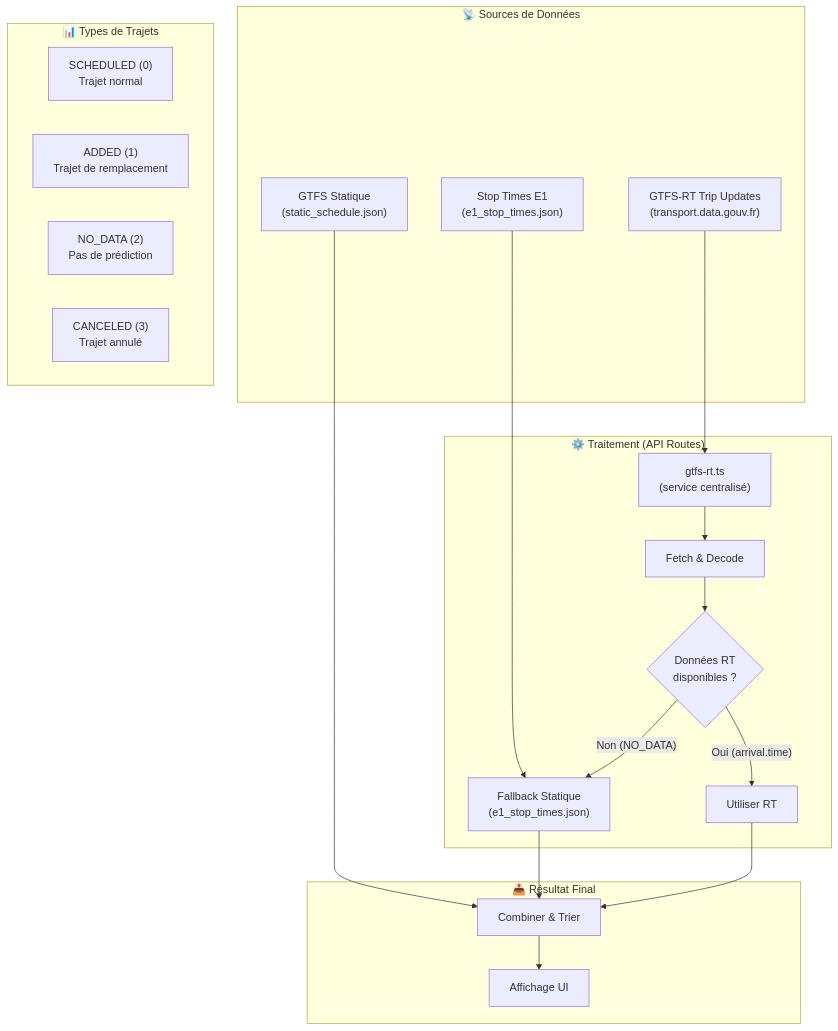
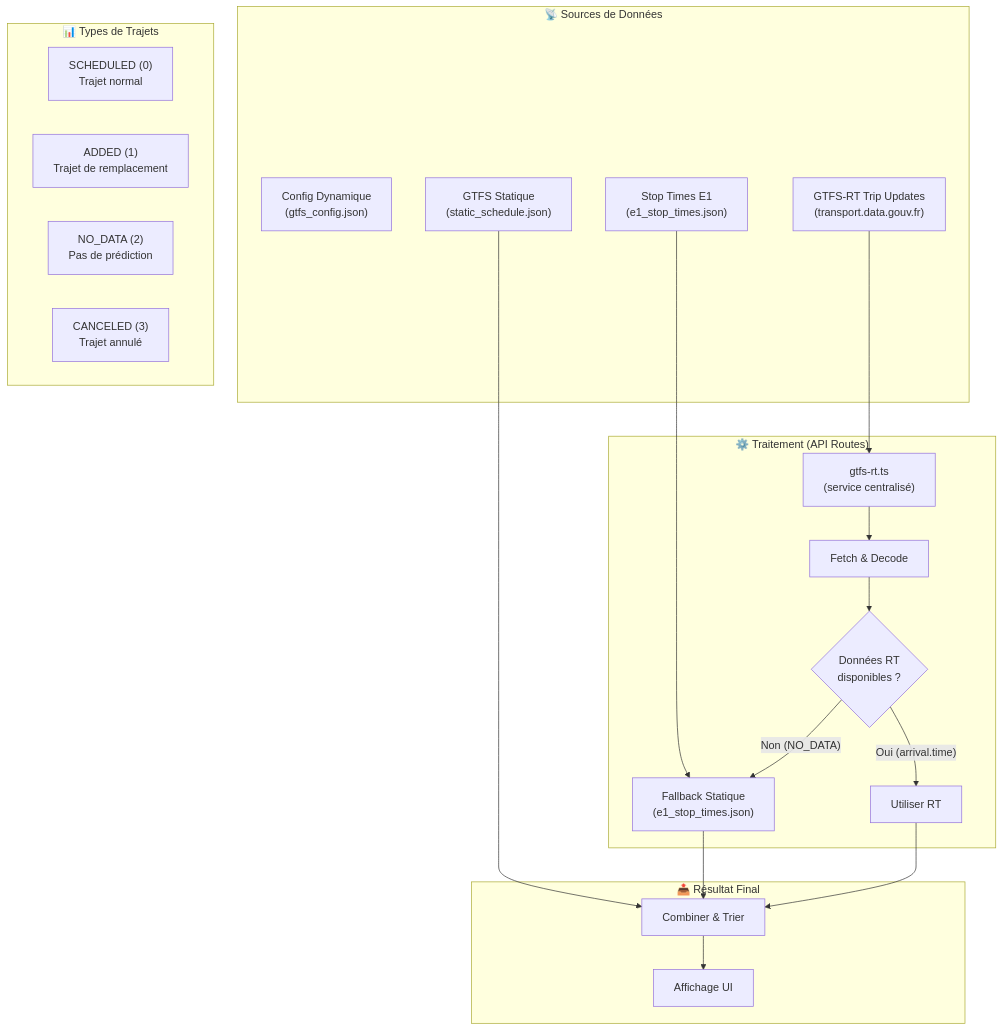
The first of 3 diagrams in README.md (nickdesi/BusTrainGerzat), drawn with Mermaid before and after one commit. The commit also changed 2 other files, not shown here.

Commit message:
docs(release): bump version to 3.1.0 and document architecture updates

````diff
--- a/README.md
+++ b/README.md
@@ -102,35 +102,36 @@
 ```mermaid
 flowchart TD
     subgraph Sources["📡 Sources de Données"]
+        GTFS_CONFIG["Config Dynamique<br/>(gtfs_config.json)"]
         GTFS_STATIC["GTFS Statique<br/>(static_schedule.json)"]
         E1_STOP_TIMES["Stop Times E1<br/>(e1_stop_times.json)"]
         GTFS_RT["GTFS-RT Trip Updates<br/>(transport.data.gouv.fr)"]
     end
 
     subgraph Processing["⚙️ Traitement (API Routes)"]
         GTFS_SERVICE["gtfs-rt.ts<br/>(service centralisé)"]
         FETCH["Fetch & Decode"]
         CHECK_DATA{"Données RT<br/>disponibles ?"}
         USE_RT["Utiliser RT"]
         USE_STATIC["Fallback Statique<br/>(e1_stop_times.json)"]
     end
 
     subgraph Classification["📊 Types de Trajets"]
         SCHEDULED["SCHEDULED (0)<br/>Trajet normal"]
         ADDED["ADDED (1)<br/>Trajet de remplacement"]
         NO_DATA["NO_DATA (2)<br/>Pas de prédiction"]
         CANCELED["CANCELED (3)<br/>Trajet annulé"]
     end
 
     subgraph Output["📤 Résultat Final"]
         COMBINE["Combiner & Trier"]
         DISPLAY["Affichage UI"]
     end
 
     GTFS_STATIC --> COMBINE
     E1_STOP_TIMES --> USE_STATIC
     GTFS_RT --> GTFS_SERVICE --> FETCH --> CHECK_DATA
     CHECK_DATA -->|"Oui (arrival.time)"| USE_RT --> COMBINE
     CHECK_DATA -->|"Non (NO_DATA)"| USE_STATIC --> COMBINE
     COMBINE --> DISPLAY
 ```
````
